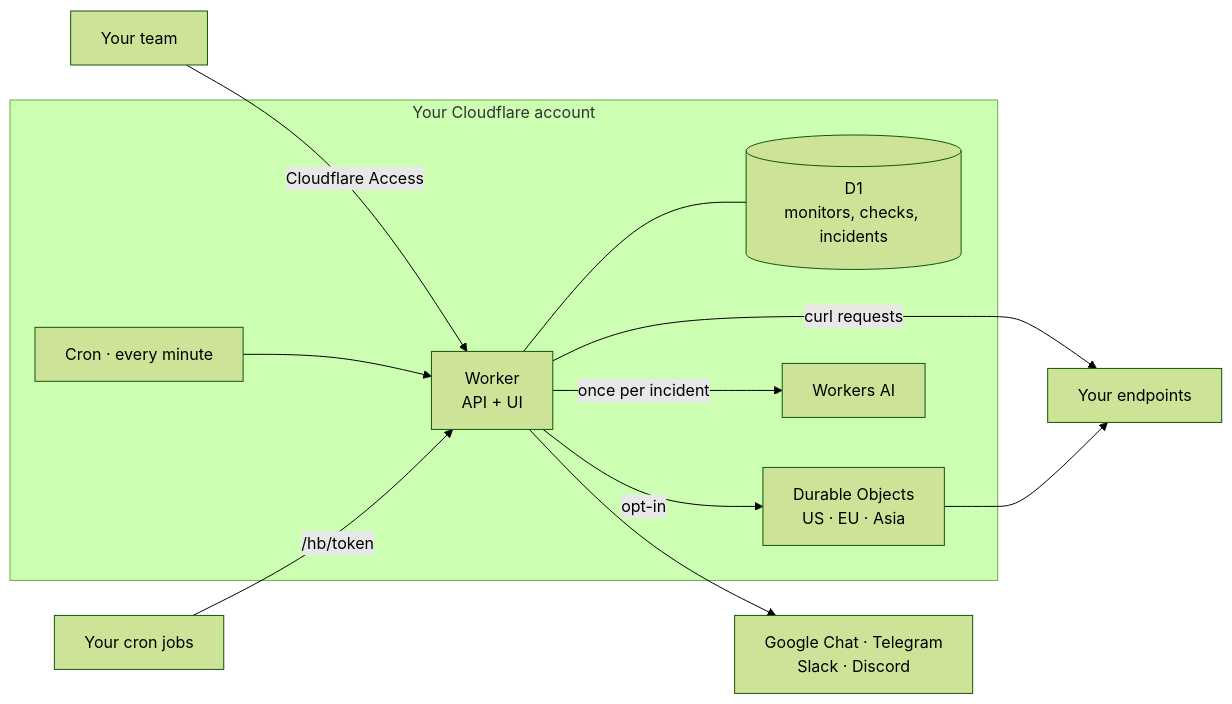
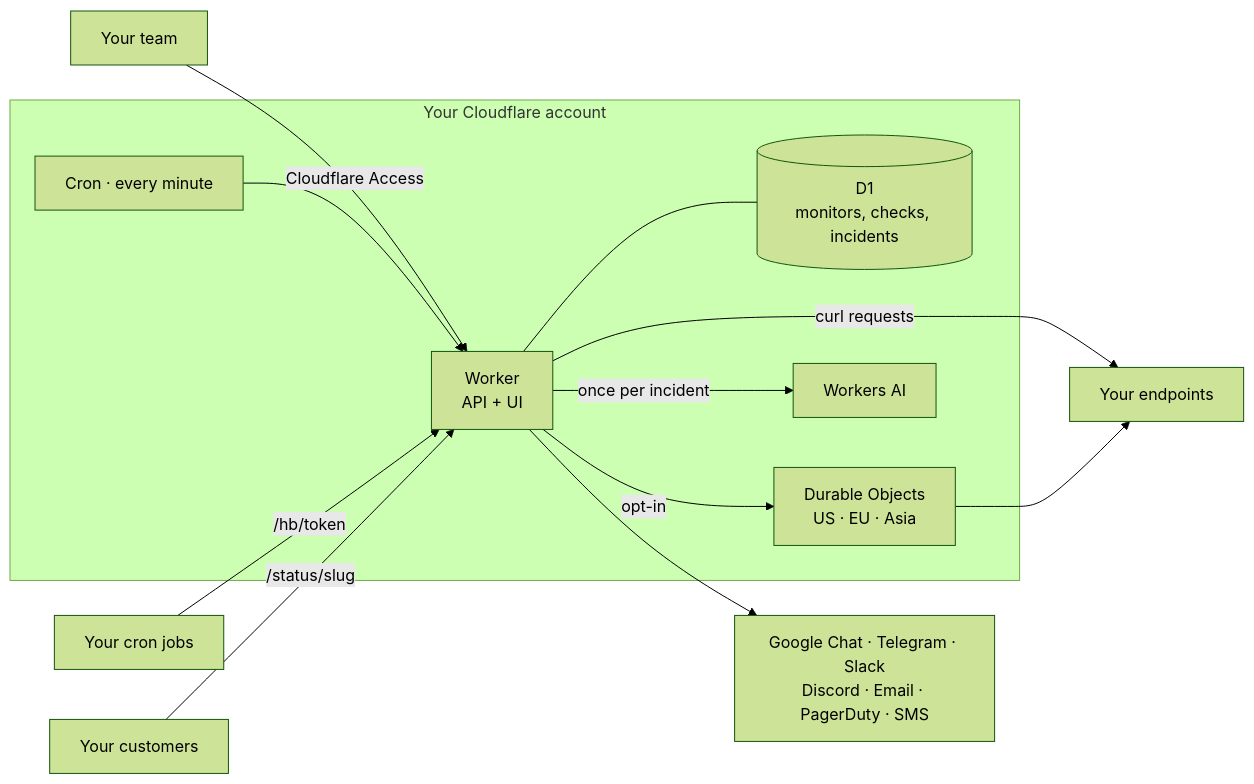
The diagram in README.md (Compile7/curldog), drawn with Mermaid (forest theme) before and after one commit. The commit also changed other lines of this file and 13 other files, not shown here.

First line of the commit message:
Add status pages, email/PagerDuty/SMS alerts, maintenance windows, config API

````diff
--- a/README.md
+++ b/README.md
@@ -235,14 +291,15 @@
 ```mermaid
 flowchart LR
   U[Your team] -->|Cloudflare Access| W
   subgraph CF[Your Cloudflare account]
     W[Worker<br/>API + UI] --- D[(D1<br/>monitors, checks, incidents)]
     C[Cron · every minute] --> W
     W -->|opt-in| P[Durable Objects<br/>US · EU · Asia]
     W -->|once per incident| AI[Workers AI]
   end
   W -->|curl requests| T[Your endpoints]
   P --> T
   J[Your cron jobs] -->|/hb/token| W
-  W --> G[Google Chat · Telegram<br/>Slack · Discord]
+  W --> G[Google Chat · Telegram · Slack<br/>Discord · Email · PagerDuty · SMS]
+  V[Your customers] -->|/status/slug| W
 ```
````
